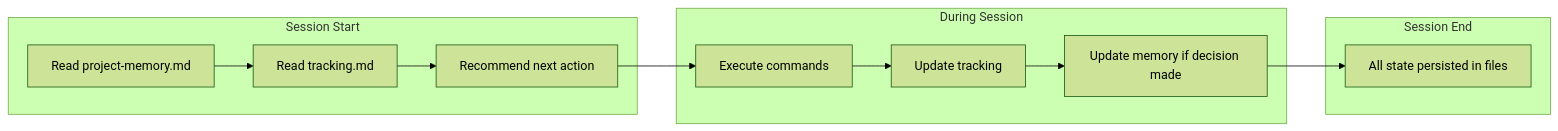
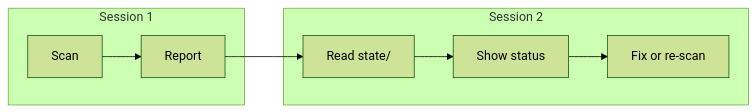
Before and after one commit to TDFS-Dom/iac-checkov-aws-power: the second of 2 diagrams in README.md, drawn with Mermaid (forest theme). The commit also changed other lines of this file, not shown here.

Commit message:
Rewrite README: cleaner, focused on what user gets after scan

````diff
--- a/README.md
+++ b/README.md
@@ -136,19 +90,10 @@
 ```mermaid
 flowchart LR
-    subgraph "Session Start"
-        A[Read project-memory.md] --> B[Read tracking.md]
-        B --> C[Recommend next action]
+    subgraph "Session 1"
+        A[Scan] --> B[Report]
     end
-    
-    subgraph "During Session"
-        D[Execute commands] --> E[Update tracking]
-        E --> F[Update memory if decision made]
+    subgraph "Session 2"
+        C[Read state/] --> D[Show status] --> E[Fix or re-scan]
     end
-    
-    subgraph "Session End"
-        G[All state persisted in files]
-    end
-    
-    C --> D
-    F --> G
+    B --> C
 ```
````
